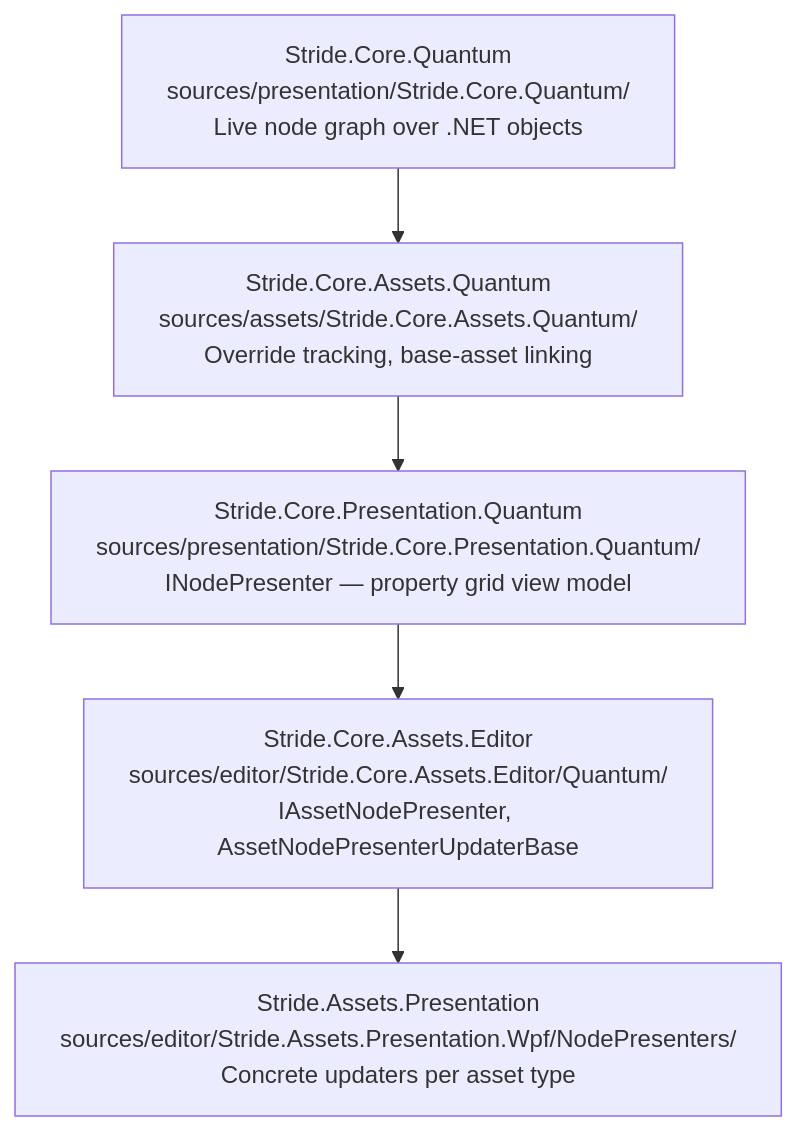
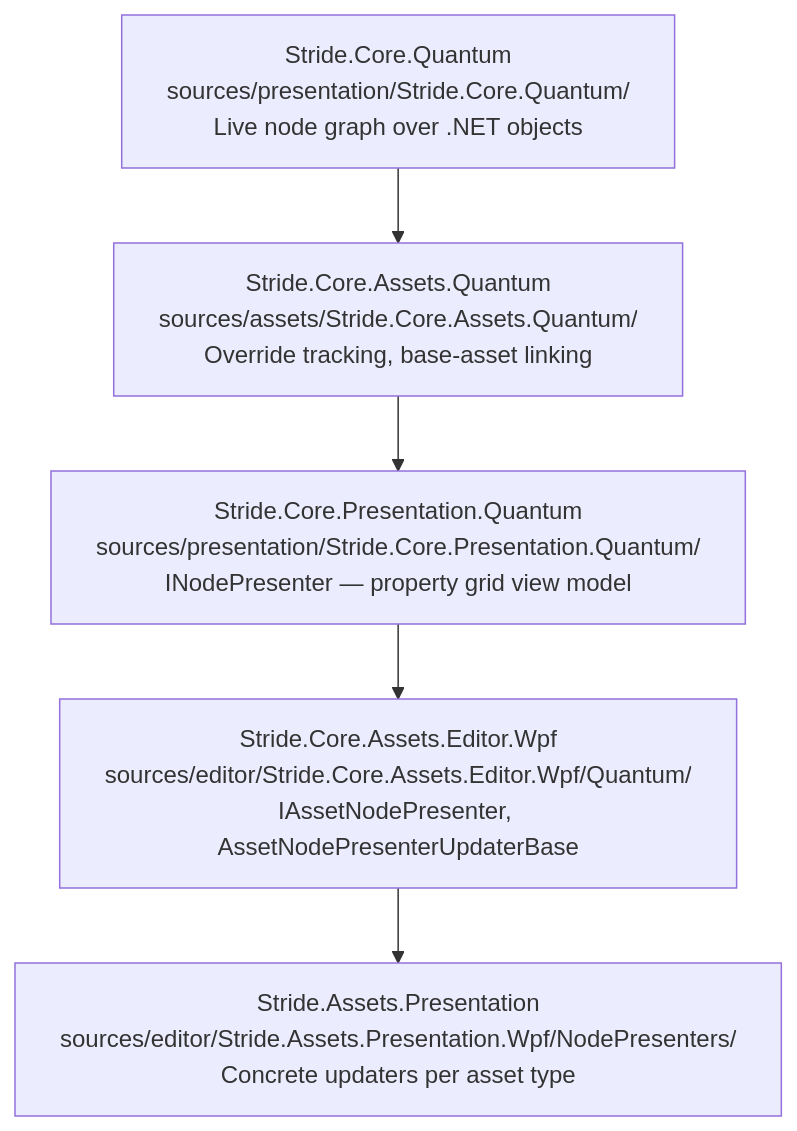
Before and after one commit to stride3d/stride: the diagram in docs/quantum/README.md, drawn with Mermaid. The commit also changed 8 other files, not shown here.

````diff
--- a/docs/quantum/README.md
+++ b/docs/quantum/README.md
@@ -7,13 +7,13 @@
 ```mermaid
 flowchart TD
     A["Stride.Core.Quantum<br/>sources/presentation/Stride.Core.Quantum/<br/>Live node graph over .NET objects"]
     B["Stride.Core.Assets.Quantum<br/>sources/assets/Stride.Core.Assets.Quantum/<br/>Override tracking, base-asset linking"]
     C["Stride.Core.Presentation.Quantum<br/>sources/presentation/Stride.Core.Presentation.Quantum/<br/>INodePresenter — property grid view model"]
-    D["Stride.Core.Assets.Editor<br/>sources/editor/Stride.Core.Assets.Editor/Quantum/<br/>IAssetNodePresenter, AssetNodePresenterUpdaterBase"]
+    D["Stride.Core.Assets.Editor.Wpf<br/>sources/editor/Stride.Core.Assets.Editor.Wpf/Quantum/<br/>IAssetNodePresenter, AssetNodePresenterUpdaterBase"]
     E["Stride.Assets.Presentation<br/>sources/editor/Stride.Assets.Presentation.Wpf/NodePresenters/<br/>Concrete updaters per asset type"]
 
     A --> B
     B --> C
     C --> D
     D --> E
 ```
````
